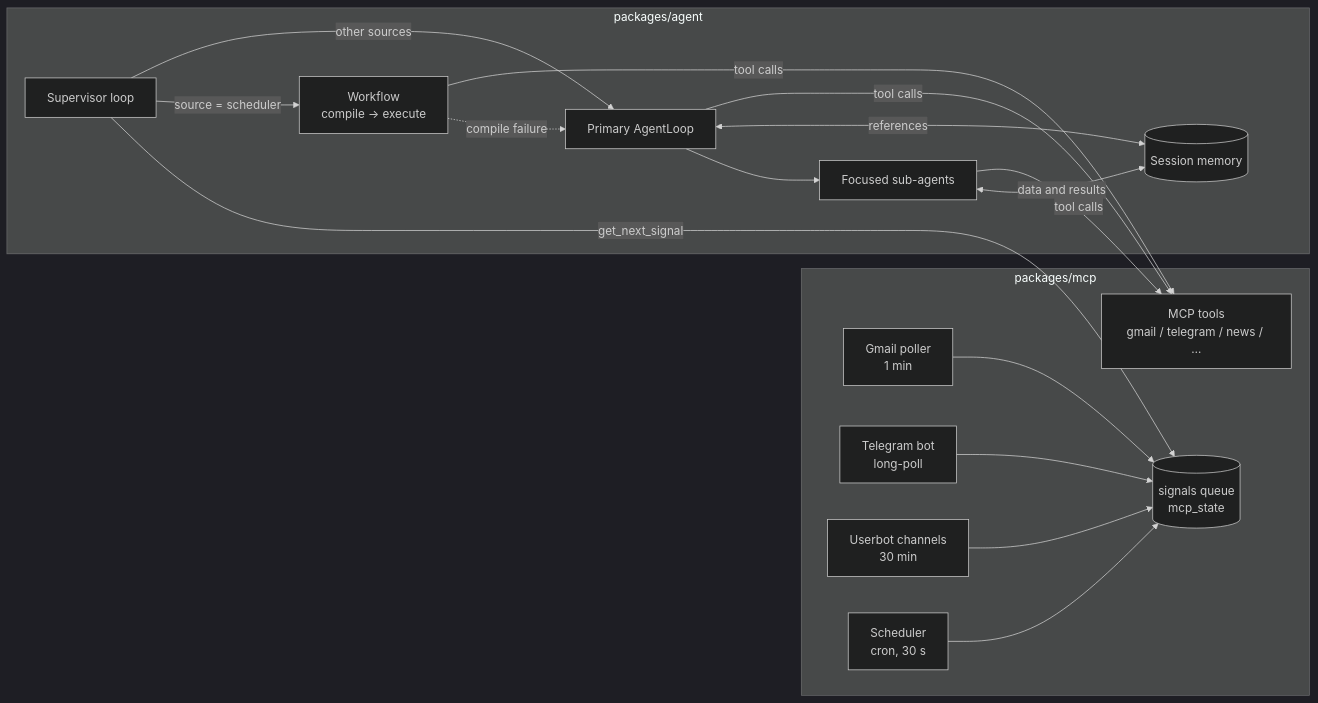
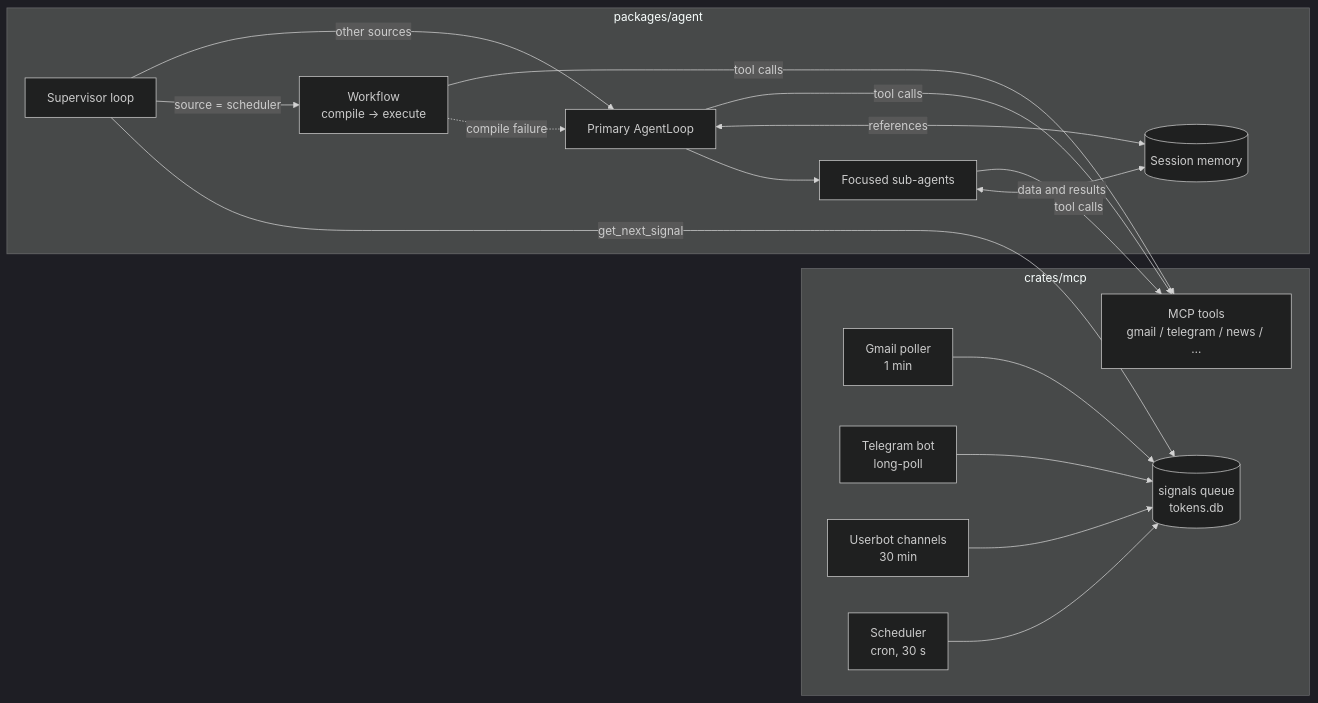
Before and after one commit to Ch4mpl00/ouro: the second of 2 diagrams in README.md, drawn with Mermaid (dark theme). The commit also changed other lines of this file and 177 other files, not shown here.

First line of the commit message:
feat(rust)!: replace packages/mcp with crates/mcp

````diff
--- a/README.md
+++ b/README.md
@@ -103,24 +103,24 @@
 ```mermaid
 flowchart LR
-    subgraph mcp [packages/mcp]
+    subgraph mcp [crates/mcp]
         P1[Gmail poller<br/>1 min] --> Q
         P2[Telegram bot<br/>long-poll] --> Q
         P3[Userbot channels<br/>30 min] --> Q
         P4[Scheduler<br/>cron, 30 s] --> Q
-        Q[(signals queue<br/>mcp_state)]
+        Q[(signals queue<br/>tokens.db)]
         T[MCP tools<br/>gmail / telegram / news / …]
     end
 
     subgraph agent [packages/agent]
         S[Supervisor loop] -->|get_next_signal| Q
         S -->|source = scheduler| W[Workflow<br/>compile → execute]
         S -->|other sources| L[Primary AgentLoop]
         W -.->|compile failure| L
         W -->|tool calls| T
         L --> C[Focused sub-agents]
         L <-->|references| M[(Session memory)]
         C <-->|data and results| M
         L -->|tool calls| T
         C -->|tool calls| T
     end
 ```
````
